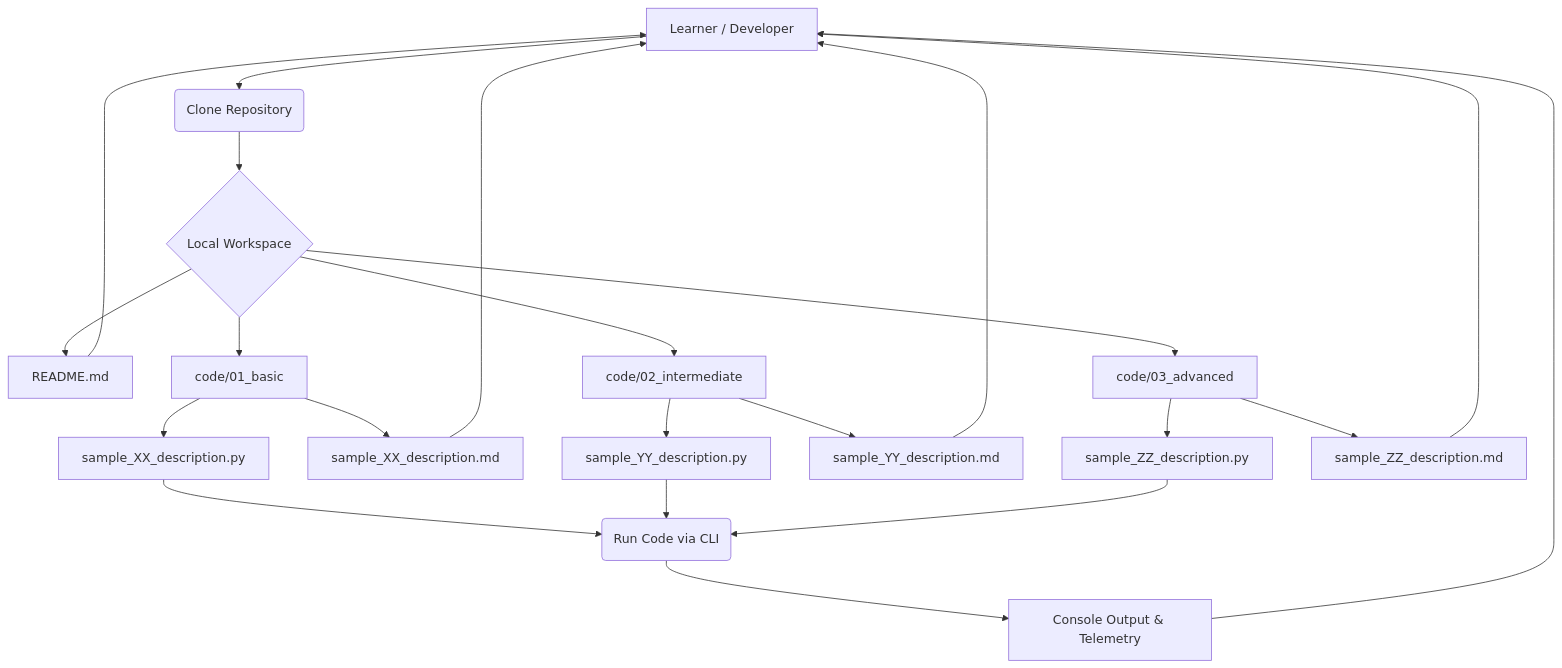
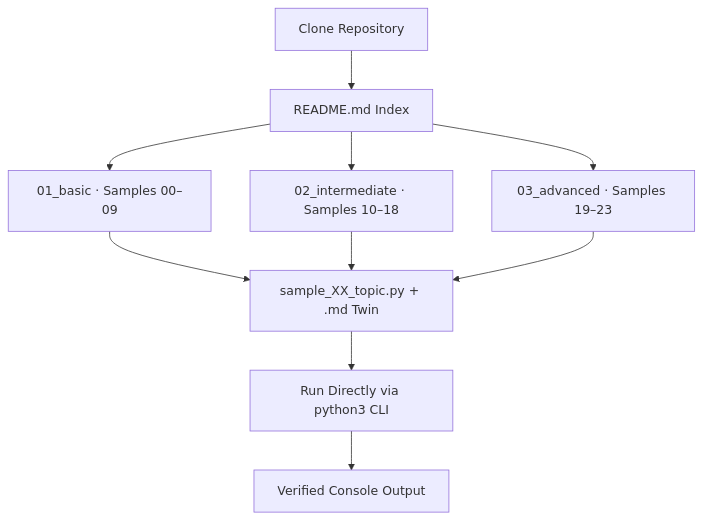
The diagram in README.md (seyerjo/learn-python-by-examples), drawn with Mermaid before and after one commit. The commit also changed other lines of this file, not shown here.

````diff
--- a/README.md
+++ b/README.md
@@ -66,24 +28,12 @@
 ```mermaid
 graph TD
-    A[Learner / Developer] --> B(Clone Repository)
-    B --> C{Local Workspace}
-    C --> D[README.md]
-    C --> E[code/01_basic]
-    C --> F[code/02_intermediate]
-    C --> G[code/03_advanced]
-    E --> H[sample_XX_description.py]
-    E --> I[sample_XX_description.md]
-    F --> J[sample_YY_description.py]
-    F --> K[sample_YY_description.md]
-    G --> L[sample_ZZ_description.py]
-    G --> M[sample_ZZ_description.md]
-    D --> A
-    I --> A
-    K --> A
-    M --> A
-    H --> N(Run Code via CLI)
-    J --> N
-    L --> N
-    N --> O[Console Output & Telemetry]
-    O --> A
+    A[Clone Repository] --> B[README.md Index]
+    B --> C[01_basic · Samples 00–09]
+    B --> D[02_intermediate · Samples 10–18]
+    B --> E[03_advanced · Samples 19–23]
+    C --> F[sample_XX_topic.py + .md Twin]
+    D --> F
+    E --> F
+    F --> G[Run Directly via python3 CLI]
+    G --> H[Verified Console Output]
 ```
````
